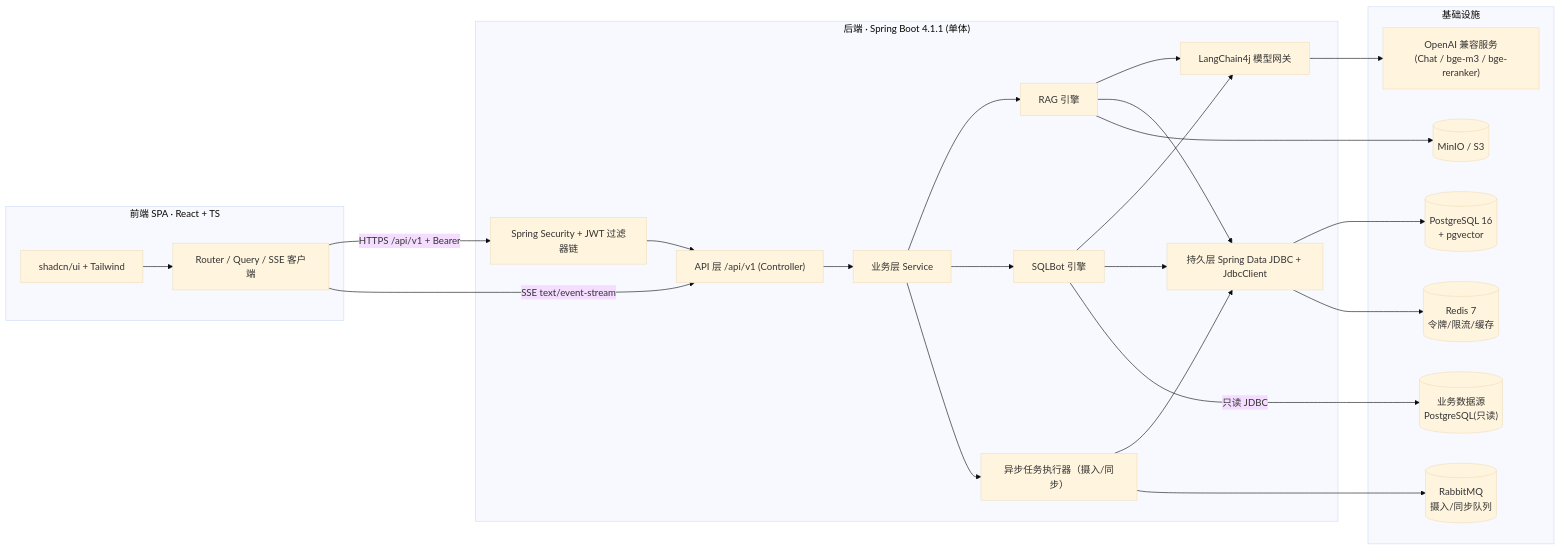
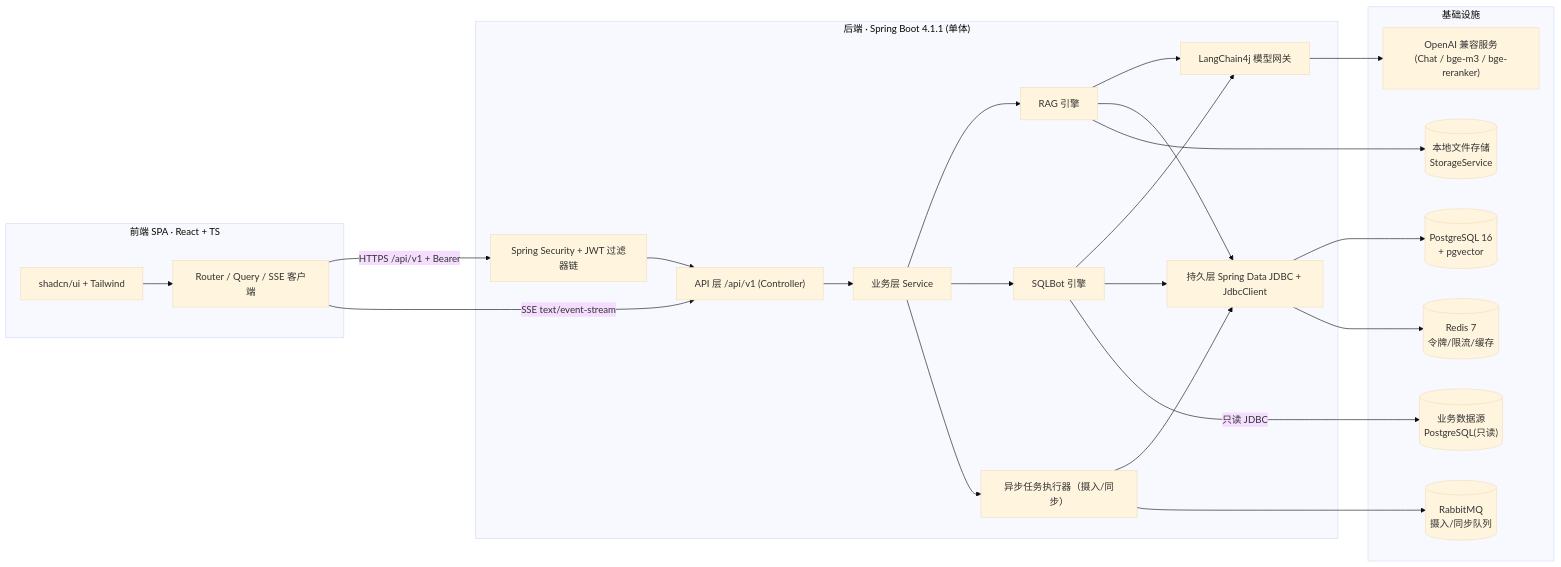
The first of 5 diagrams in doc/02-技术架构设计.md (CBT-keep/WenQu), drawn with Mermaid (base theme) before and after one commit. The commit also changed other lines of this file and 16 other files, not shown here.

````diff
--- a/doc/02-技术架构设计.md
+++ b/doc/02-技术架构设计.md
@@ -9,44 +9,44 @@
 ```mermaid
 flowchart LR
   subgraph FE["前端 SPA · React + TS"]
     UI["shadcn/ui + Tailwind"]
     RT["Router / Query / SSE 客户端"]
   end
 
   subgraph BE["后端 · Spring Boot 4.1.1 (单体)"]
     SEC["Spring Security + JWT 过滤器链"]
     API["API 层 /api/v1 (Controller)"]
     SVC["业务层 Service"]
     RAG["RAG 引擎"]
     SQLB["SQLBot 引擎"]
     LLM["LangChain4j 模型网关"]
     JOBS["异步任务执行器（摄入/同步）"]
     REPO["持久层 Spring Data JDBC + JdbcClient"]
   end
 
   subgraph INFRA["基础设施"]
     PG[("PostgreSQL 16<br/>+ pgvector")]
-    MINIO[("MinIO / S3")]
+    FS[("本地文件存储<br/>StorageService")]
     REDIS[("Redis 7<br/>令牌/限流/缓存")]
     MQ[("RabbitMQ<br/>摄入/同步队列")]
     LLMSVC["OpenAI 兼容服务<br/>(Chat / bge-m3 / bge-reranker)"]
     DS[("业务数据源<br/>PostgreSQL(只读)")]
   end
 
   UI --> RT
   RT -->|"HTTPS /api/v1 + Bearer"| SEC
   RT -->|"SSE text/event-stream"| API
   SEC --> API --> SVC
   SVC --> RAG & SQLB & JOBS
   RAG --> LLM
   SQLB --> LLM
   LLM --> LLMSVC
   RAG --> REPO
   SQLB --> REPO
   JOBS --> REPO
   REPO --> PG
   REPO --> REDIS
   JOBS --> MQ
-  RAG --> MINIO
+  RAG --> FS
   SQLB -->|"只读 JDBC"| DS
 ```
````
